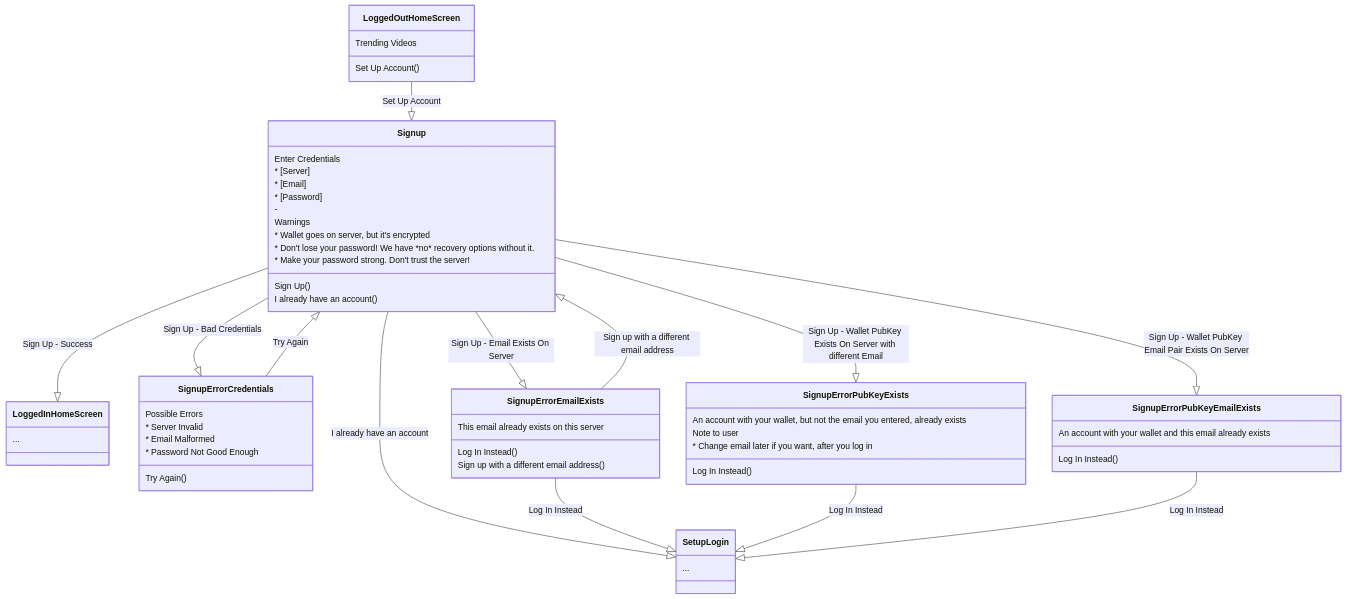
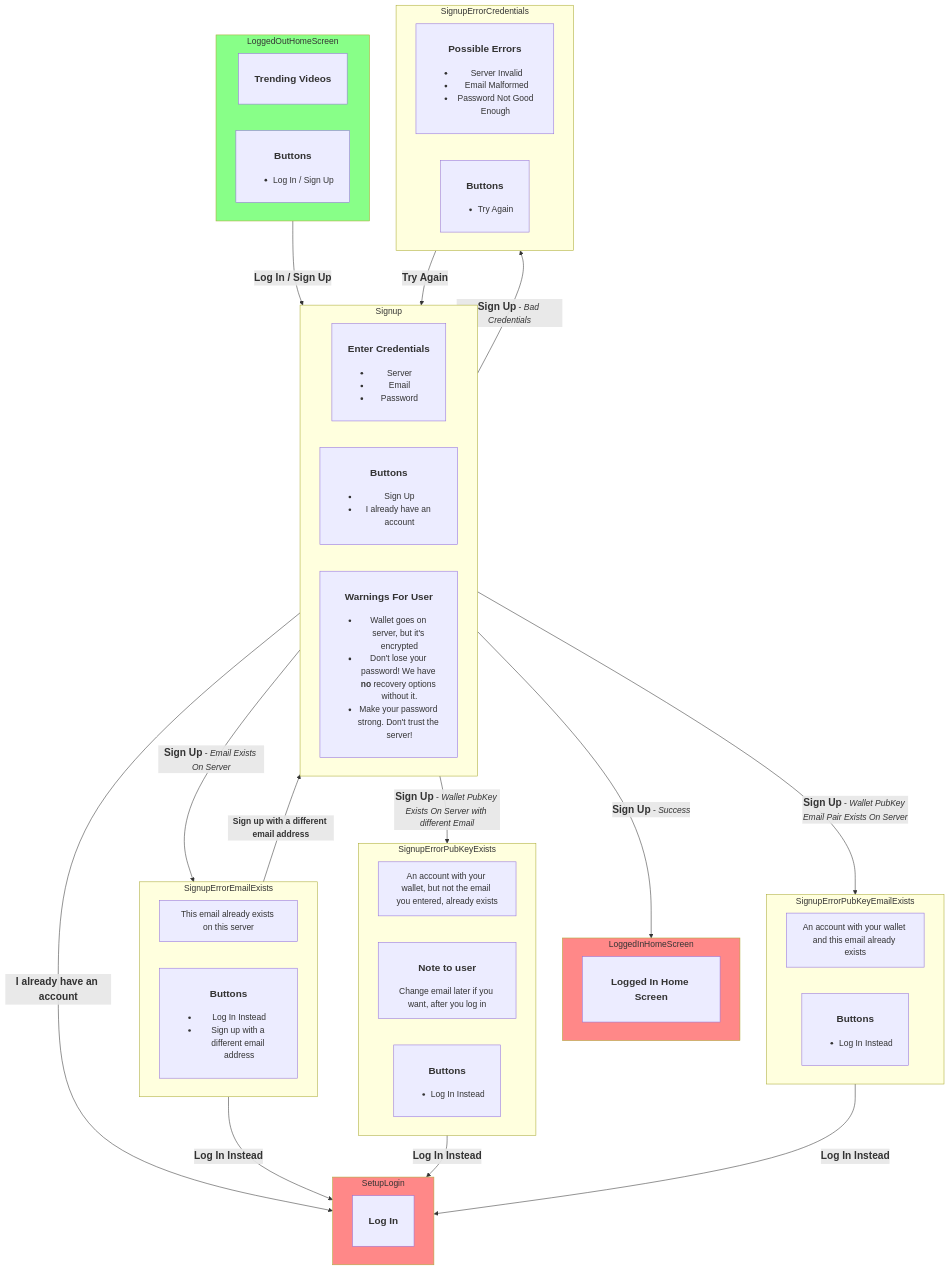
One commit to orblivion/lbry-wallet-sync-draft changed the first of 7 diagrams in spec/user-flows.md. Above: the diagram before and after it, drawn with Mermaid. The commit also changed other lines of this file and 7 other files, not shown here.

First line of the commit message:
Change first user-flows chart to use flowchart

````diff
--- a/spec/user-flows.md
+++ b/spec/user-flows.md
@@ -7,57 +11,73 @@
 ```mermaid
-classDiagram
+flowchart TD
+	classDef start fill:#8f8;
+	classDef finish fill:#f88;
+  LoggedInHomeScreen:::finish
+  SetupLogin:::finish
+  LoggedOutHomeScreen:::start
 
-LoggedOutHomeScreen --|> Signup : Set Up Account
-Signup --|> LoggedInHomeScreen : Sign Up - Success
-Signup --|> SetupLogin : I already have an account
+  LoggedOutHomeScreen --<big><b>Log In / Sign Up</b></big>--> Signup
+  Signup --<big><b>Sign Up</b></big> - <i>Success</i>--> LoggedInHomeScreen
+  Signup --<big><b>I already have an account</b></big>--> SetupLogin
 
-Signup --|> SignupErrorCredentials : Sign Up - Bad Credentials
-SignupErrorCredentials --|> Signup : Try Again
+  Signup --<big><b>Sign Up</b></big> - <i>Bad Credentials</i>--> SignupErrorCredentials
+  SignupErrorCredentials --<big><b>Try Again</b></big>--> Signup
 
-Signup --|> SignupErrorEmailExists : Sign Up - Email Exists On Server
-SignupErrorEmailExists --|> Signup : Sign up with a different email address
-SignupErrorEmailExists --|> SetupLogin : Log In Instead
+  Signup --<big><b>Sign Up</b></big> - <i>Email Exists On Server</i>--> SignupErrorEmailExists
+  SignupErrorEmailExists --<b>Sign up with a different email address</b>--> Signup
+  SignupErrorEmailExists --<big><b>Log In Instead</b></big>--> SetupLogin
 
-Signup --|> SignupErrorPubKeyExists : Sign Up - Wallet PubKey Exists On Server with different Email
-SignupErrorPubKeyExists --|> SetupLogin : Log In Instead
+  Signup --<big><b>Sign Up</b></big> - <i>Wallet PubKey Exists On Server with different Email</i>--> SignupErrorPubKeyExists
+  SignupErrorPubKeyExists --<big><b>Log In Instead</b></big>--> SetupLogin
 
-Signup --|> SignupErrorPubKeyEmailExists : Sign Up - Wallet PubKey Email Pair Exists On Server
-SignupErrorPubKeyEmailExists --|> SetupLogin : Log In Instead
+  Signup --<big><b>Sign Up</b></big> - <i>Wallet PubKey Email Pair Exists On Server</i>--> SignupErrorPubKeyEmailExists
+  SignupErrorPubKeyEmailExists --<big><b>Log In Instead</b></big>--> SetupLogin
 
-LoggedOutHomeScreen : Trending Videos
-LoggedOutHomeScreen : Set Up Account()
+  subgraph LoggedOutHomeScreen
+		direction RL
+    LoggedOutHomeScreen1[<h3>Trending Videos</h3>]
+    LoggedOutHomeScreen2[<h3>Buttons</h3><ul><li>Log In / Sign Up</li></ul>]
+  end
 
-LoggedInHomeScreen : ...
+  subgraph LoggedInHomeScreen
+		LoggedInHomeScreen1[<h3>Logged In Home Screen</h3>]
+  end
 
-Signup : Enter Credentials
-Signup : * [Server]
-Signup : * [Email]
-Signup : * [Password]
-Signup : -
-Signup : Warnings
-Signup : * Wallet goes on server, but it's encrypted
-Signup : * Don't lose your password! We have *no* recovery options without it.
-Signup : * Make your password strong. Don't trust the server!
-Signup : Sign Up()
-Signup : I already have an account()
+  subgraph SetupLogin
+		SetupLogin1[<h3>Log In</h3>]
+  end
 
-SignupErrorCredentials : Possible Errors
-SignupErrorCredentials : * Server Invalid
-SignupErrorCredentials : * Email Malformed
-SignupErrorCredentials : * Password Not Good Enough
-SignupErrorCredentials : Try Again()
+  subgraph SignupErrorPubKeyEmailExists
+		direction RL
+		SignupErrorPubKeyEmailExists1[An account with your wallet and this email already exists]
+    SignupErrorPubKeyEmailExists2[<h3>Buttons</h3><ul><li>Log In Instead</li></ul>]
+  end
 
-SignupErrorPubKeyExists : An account with your wallet, but not the email you entered, already exists
-SignupErrorPubKeyExists : Note to user
-SignupErrorPubKeyExists : * Change email later if you want, after you log in
-SignupErrorPubKeyExists : Log In Instead()
+	subgraph SignupErrorEmailExists
+		direction RL
+		SignupErrorEmailExists1[This email already exists on this server]
+    SignupErrorEmailExists2[<h3>Buttons</h3><ul><li>Log In Instead</li><li>Sign up with a different email address</li></ul>]
+  end
 
-SignupErrorPubKeyEmailExists : An account with your wallet and this email already exists
-SignupErrorPubKeyEmailExists : Log In Instead()
+  subgraph Signup
+		direction RL
+    Signup1[<h3>Enter Credentials</h3><ul><li>Server</li><li>Email</li><li>Password</li></ul>]
+    Signup2[<h3>Buttons</h3><ul><li>Sign Up</li></ul>]
+    Signup2[<h3>Buttons</h3><ul><li>Sign Up</li><li>I already have an account</li></ul>]
+    Signup3[<h3>Warnings For User</h3><ul><li>Wallet goes on server, but it's encrypted<li>Don't lose your password! We have <b>no</b> recovery options without it.<li>Make your password strong. Don't trust the server!</ul>]
+  end
 
-SignupErrorEmailExists : This email already exists on this server
-SignupErrorEmailExists : Log In Instead()
-SignupErrorEmailExists : Sign up with a different email address()
+  subgraph SignupErrorCredentials
+		direction RL
+		SignupErrorCredentials1[<h3>Possible Errors</h3><ul><li> Server Invalid<li> Email Malformed<li> Password Not Good Enough</ul>]
+    SignupErrorCredentials2[<h3>Buttons</h3><ul><li>Try Again</li></ul>]
+  end
 
-SetupLogin : ...
+
+  subgraph SignupErrorPubKeyExists
+		direction RL
+		SignupErrorPubKeyExists1[An account with your wallet, but not the email you entered, already exists]
+		SignupErrorPubKeyExists2[<h3>Note to user</h3>Change email later if you want, after you log in]
+    SignupErrorPubKeyExists3[<h3>Buttons</h3><ul><li>Log In Instead</li></ul>]
+  end
 ```
````
